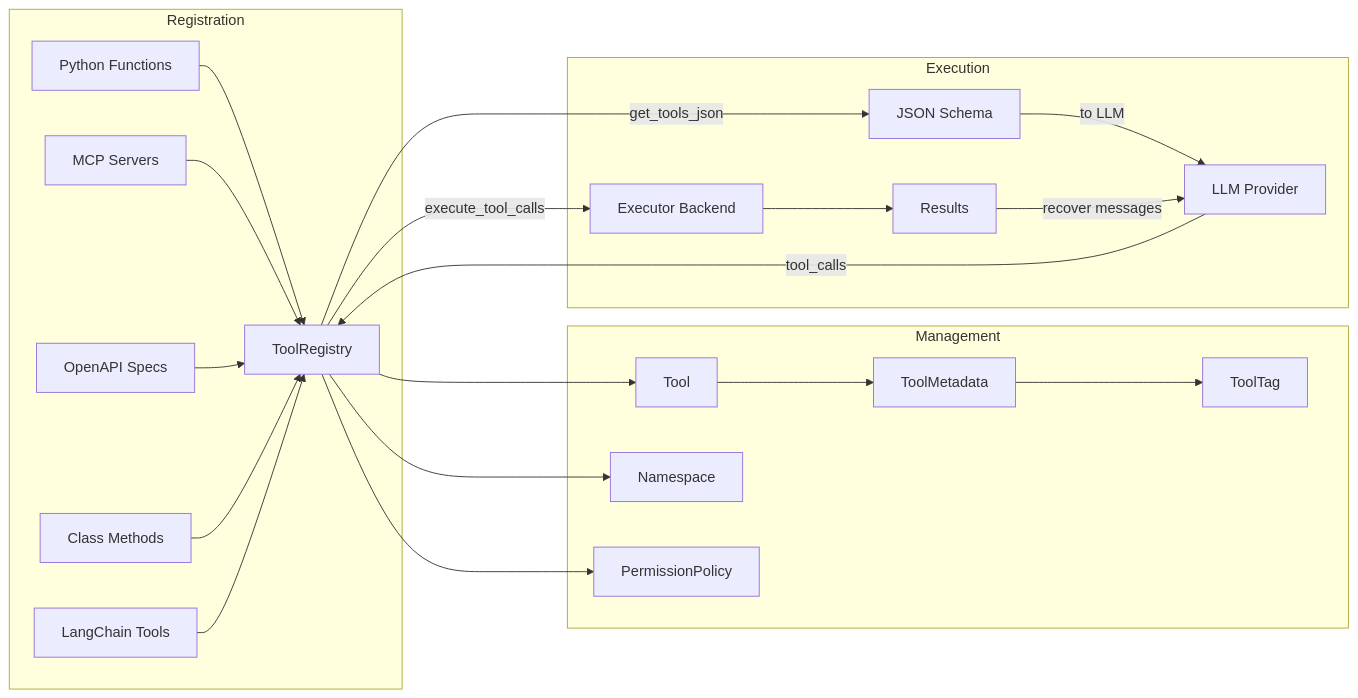
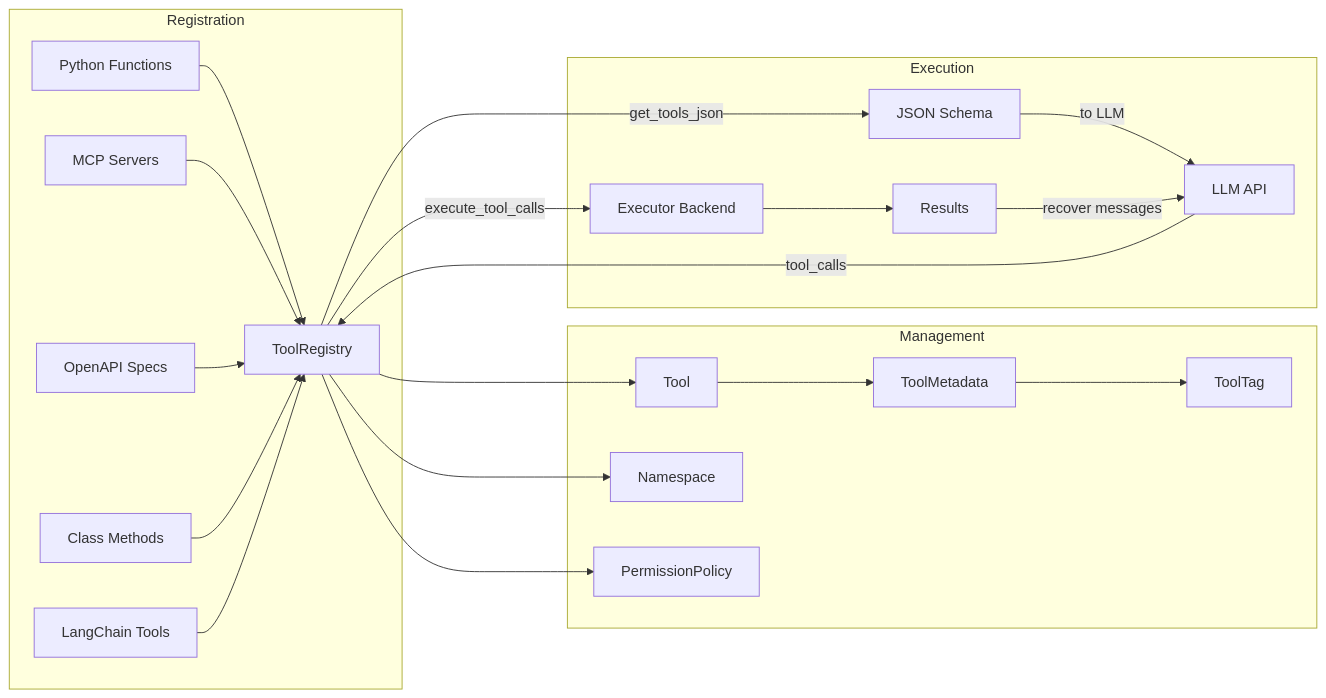
One commit to Oaklight/ToolRegistry changed the first of 2 diagrams in docs/architecture/overview.md. Above: the diagram before and after it, drawn with Mermaid. The commit also changed other lines of this file and 8 other files, not shown here.

First line of the commit message:
docs: replace "provider" with "API format" terminology

````diff
--- a/docs/architecture/overview.md
+++ b/docs/architecture/overview.md
@@ -20,27 +20,27 @@
 ```mermaid
 graph LR
     subgraph Registration
         F[Python Functions] --> R[ToolRegistry]
         MCP[MCP Servers] --> R
         OA[OpenAPI Specs] --> R
         CL[Class Methods] --> R
         LC[LangChain Tools] --> R
     end
 
     subgraph Management
         R --> T[Tool]
         T --> TM[ToolMetadata]
         TM --> TT[ToolTag]
         R --> NS[Namespace]
         R --> PP[PermissionPolicy]
     end
 
     subgraph Execution
         R -->|get_tools_json| S[JSON Schema]
-        S -->|to LLM| LLM[LLM Provider]
+        S -->|to LLM| LLM[LLM API]
         LLM -->|tool_calls| R
         R -->|execute_tool_calls| BE[Executor Backend]
         BE --> RES[Results]
         RES -->|recover messages| LLM
     end
 ```
````
